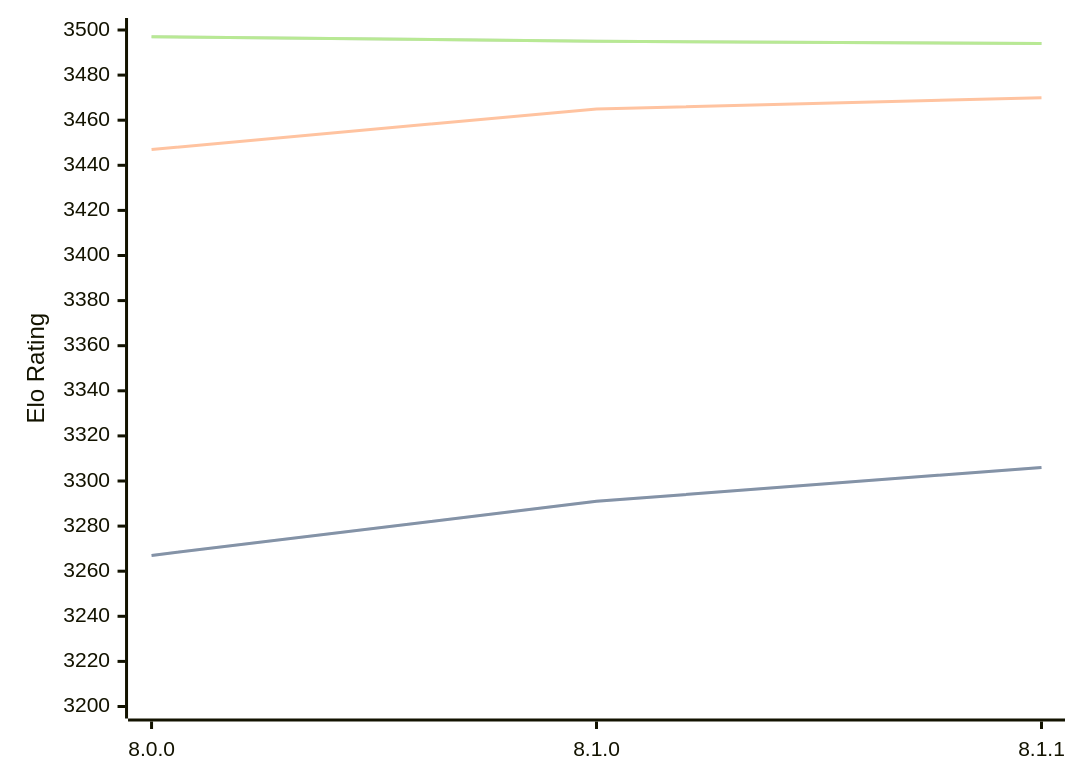
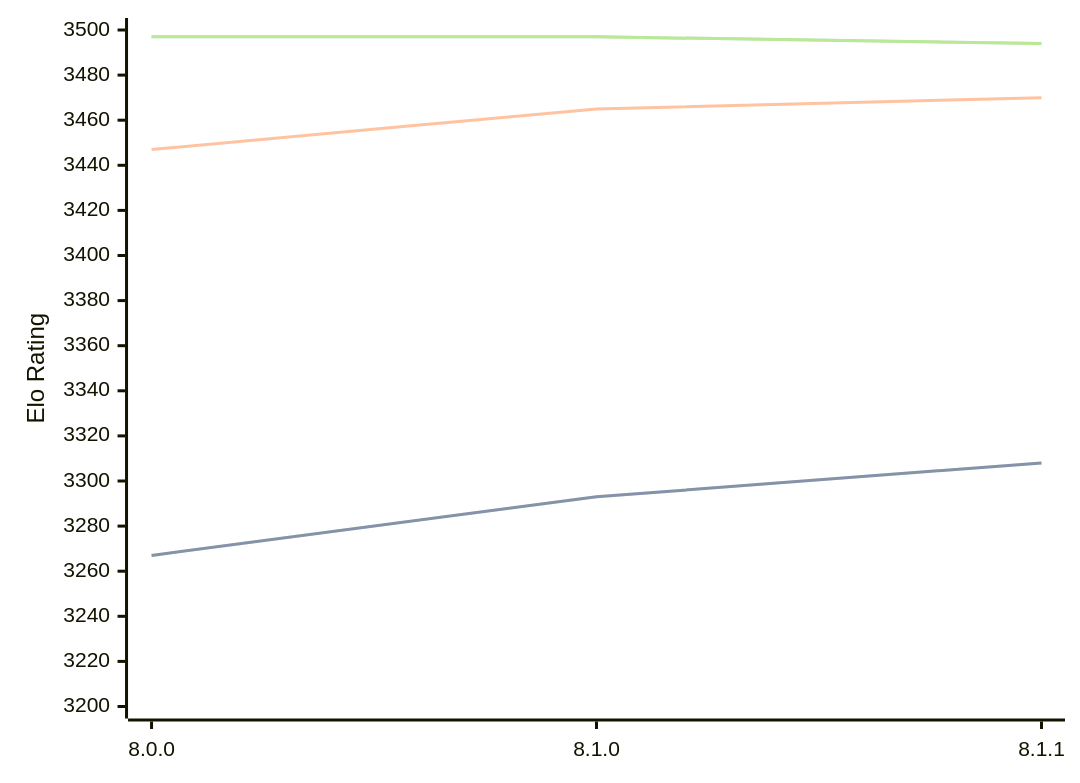
One commit to computer-chess-index/cci changed the diagram in engines/Velvet.md. Above: the diagram before and after it, drawn with Mermaid. The commit also changed other lines of this file, not shown here.

Commit message:
Update CCI Ratings (ELO VLTC) - 2026-04-10

````diff
--- a/engines/Velvet.md
+++ b/engines/Velvet.md
@@ -57,11 +57,11 @@
 ```mermaid
 %%{init: {"theme":"base","themeVariables":{"seriesColors:['#a3a3a3','#222221','#faa371']}}}%%
 xychart-beta
   x-axis ["8.0.0", "8.1.0", "8.1.1"]
   y-axis "Elo Rating" 3200 --> 3500
-  line "STC (8.0+0.08s)" [3267, 3291, 3306]
-  line "STC (8.0+0.08s)" [3267, 3291, 3306]
+  line "STC (8.0+0.08s)" [3267, 3293, 3308]
+  line "STC (8.0+0.08s)" [3267, 3293, 3308]
   line "LTC (60.0+0.60s)" [3447, 3465, 3470]
-  line "VLTC (2m24s+1.12s)" [3497, 3495, 3494]
-  line "VLTC (2m24s+1.12s)" [3497, 3495, 3494]
+  line "VLTC (2m24s+1.12s)" [3497, 3497, 3494]
+  line "VLTC (2m24s+1.12s)" [3497, 3497, 3494]
 ```
````
